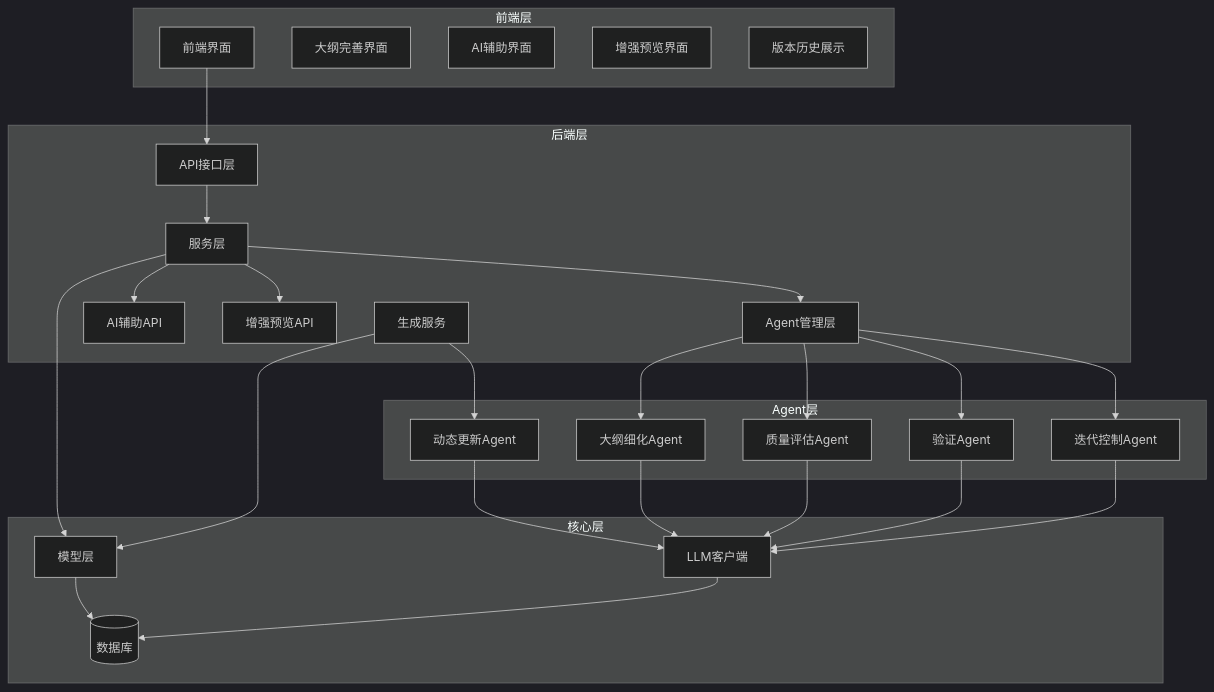
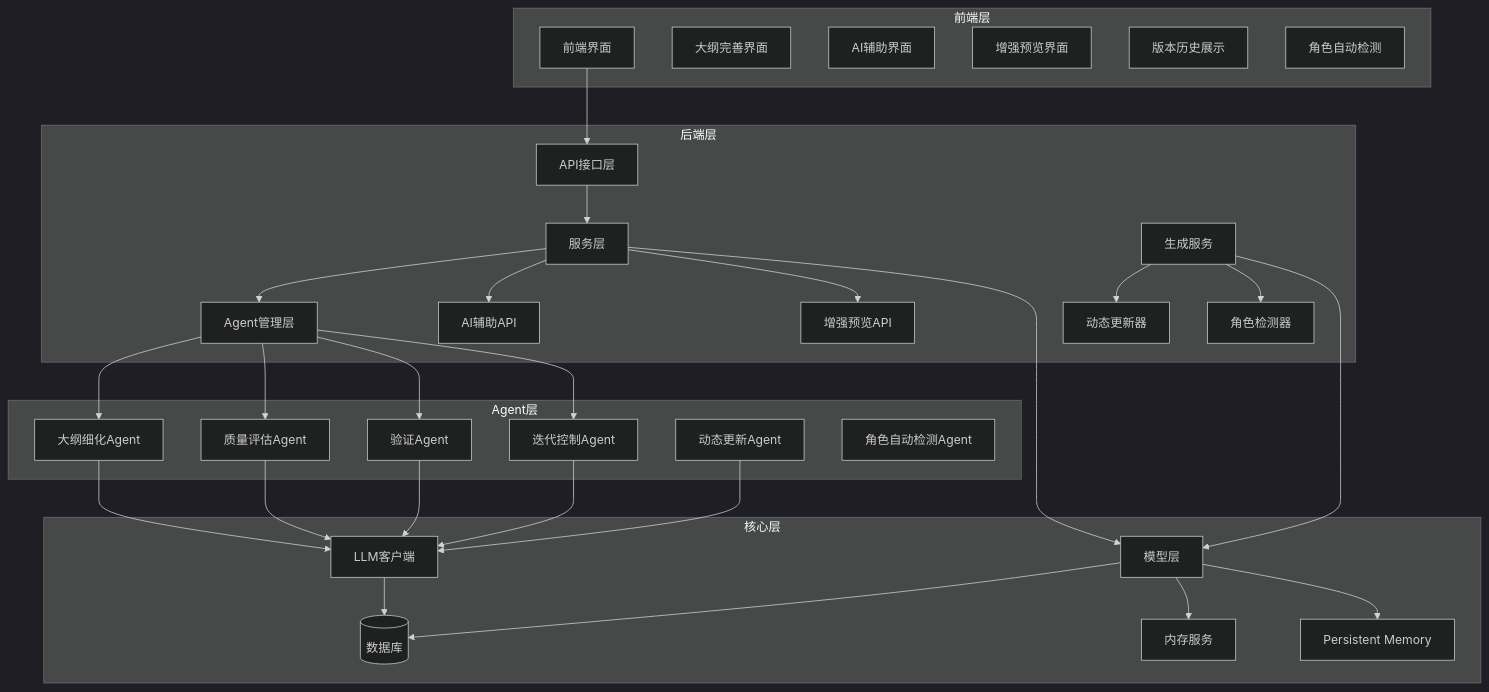
The first of 17 diagrams in .qoder/repowiki/zh/content/AI智能体系统/智能大纲完善系统.md (xfbyxq/ai-novel-system), drawn with Mermaid (dark theme) before and after one commit. The commit also changed other lines of this file and 28 other files, not shown here.

````diff
--- a/.qoder/repowiki/zh/content/AI智能体系统/智能大纲完善系统.md
+++ b/.qoder/repowiki/zh/content/AI智能体系统/智能大纲完善系统.md
@@ -65,49 +70,58 @@
 ```mermaid
 graph TB
 subgraph "前端层"
 FE[前端界面]
 UI[大纲完善界面]
 AI[AI辅助界面]
 END[增强预览界面]
 VERSION[版本历史展示]
+AUTO[角色自动检测]
 end
 subgraph "后端层"
 API[API接口层]
 SVC[服务层]
 AGT[Agent管理层]
 AIAPI[AI辅助API]
 ENHAPI[增强预览API]
 GENSVC[生成服务]
+DYNUPD[动态更新器]
+CHARDET[角色检测器]
 end
 subgraph "核心层"
 MOD[模型层]
 LLM[LLM客户端]
 DB[(数据库)]
+MEM[内存服务]
+PERSIST[Persistent Memory]
 end
 subgraph "Agent层"
 OR[大纲细化Agent]
 OQ[质量评估Agent]
 OV[验证Agent]
 OI[迭代控制Agent]
 ODU[动态更新Agent]
+CAD[角色自动检测Agent]
 end
 FE --> API
 API --> SVC
 SVC --> AGT
 SVC --> AIAPI
 SVC --> ENHAPI
-GENSVC --> ODU
+GENSVC --> DYNUPD
+GENSVC --> CHARDET
 AGT --> OR
 AGT --> OQ
 AGT --> OV
 AGT --> OI
 ODU --> LLM
 OR --> LLM
 OQ --> LLM
 OV --> LLM
 OI --> LLM
 SVC --> MOD
 GENSVC --> MOD
 MOD --> DB
+MOD --> MEM
+MOD --> PERSIST
 LLM --> DB
 ```
````
